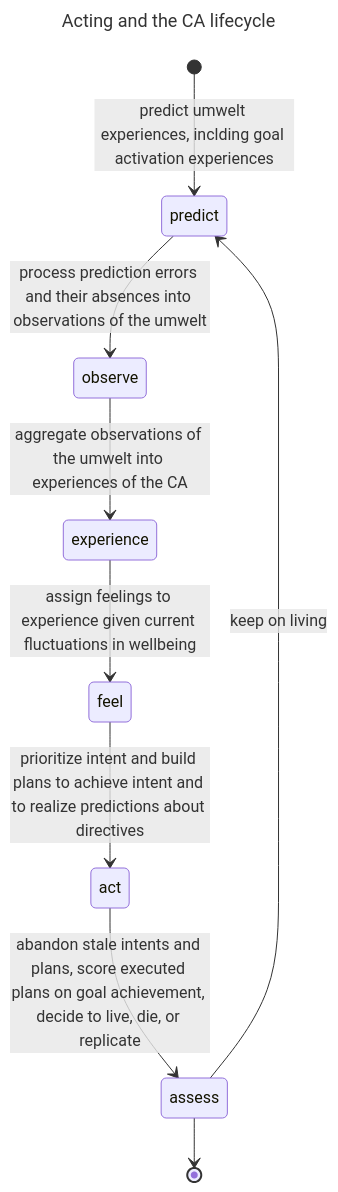
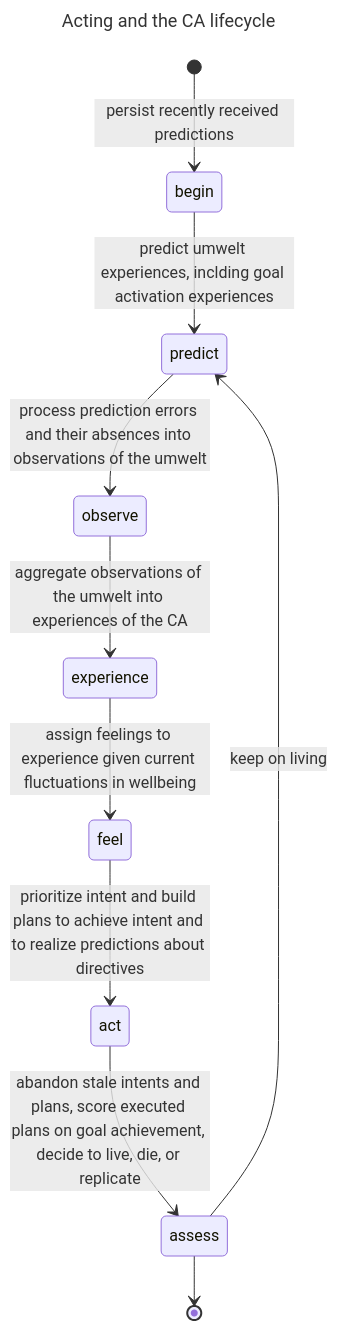
Before and after one commit to jfcloutier/karma_system: the first of 3 diagrams in design_notes/acting.md, drawn with Mermaid. The commit also changed other lines of this file and 1 other file, not shown here.

Commit message:
Added a `begin` phase to persist recently received predictions

````diff
--- a/design_notes/acting.md
+++ b/design_notes/acting.md
@@ -57,14 +57,15 @@
 ```mermaid
 ---
 title: Acting and the CA lifecycle
 ---
 stateDiagram-v2
-  [*] --> predict : predict umwelt experiences, inclding goal activation experiences
+  [*] --> begin : persist recently received predictions
+  begin --> predict : predict umwelt experiences, inclding goal activation experiences
   predict --> observe : process prediction errors and their absences into observations of the umwelt
   observe --> experience : aggregate observations of the umwelt into experiences of the CA
   experience --> feel : assign feelings to experience given current fluctuations in wellbeing
   feel --> act : prioritize intent and build plans to achieve intent and to realize predictions about directives
   act --> assess : abandon stale intents and plans, score executed plans on goal achievement, decide to live, die, or replicate
   assess --> predict : keep on living
   assess --> [*]
 ```
````
